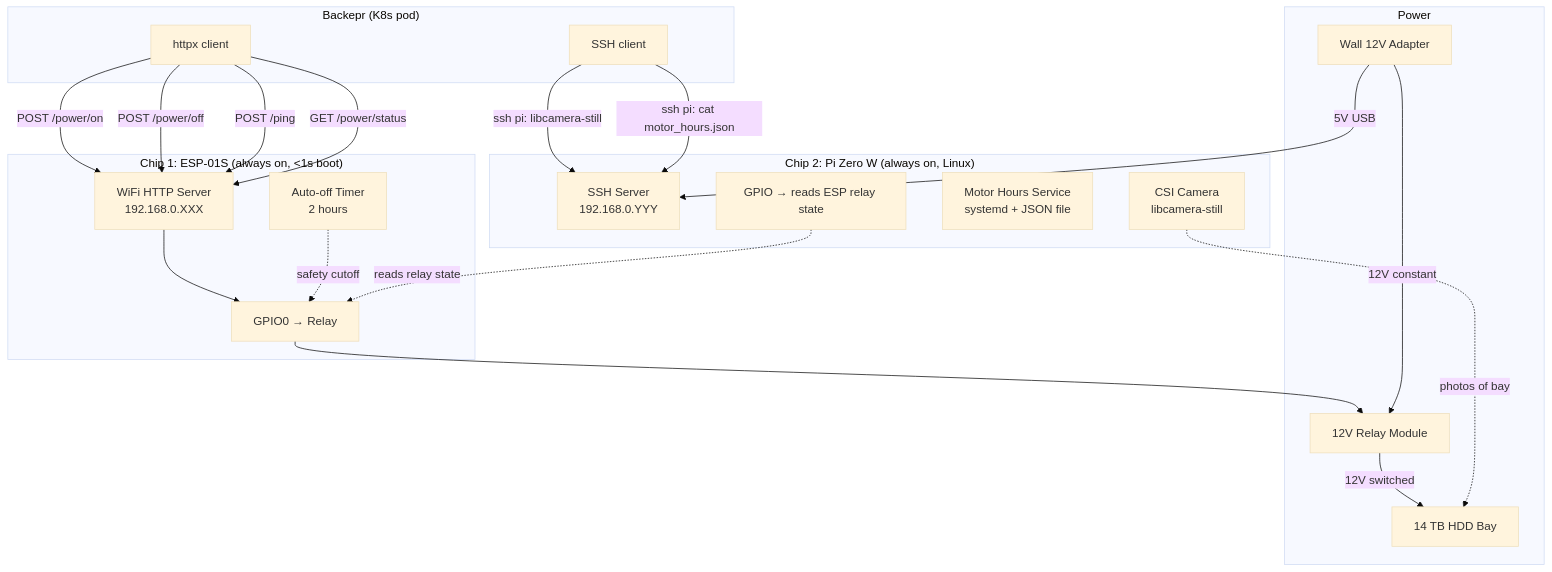
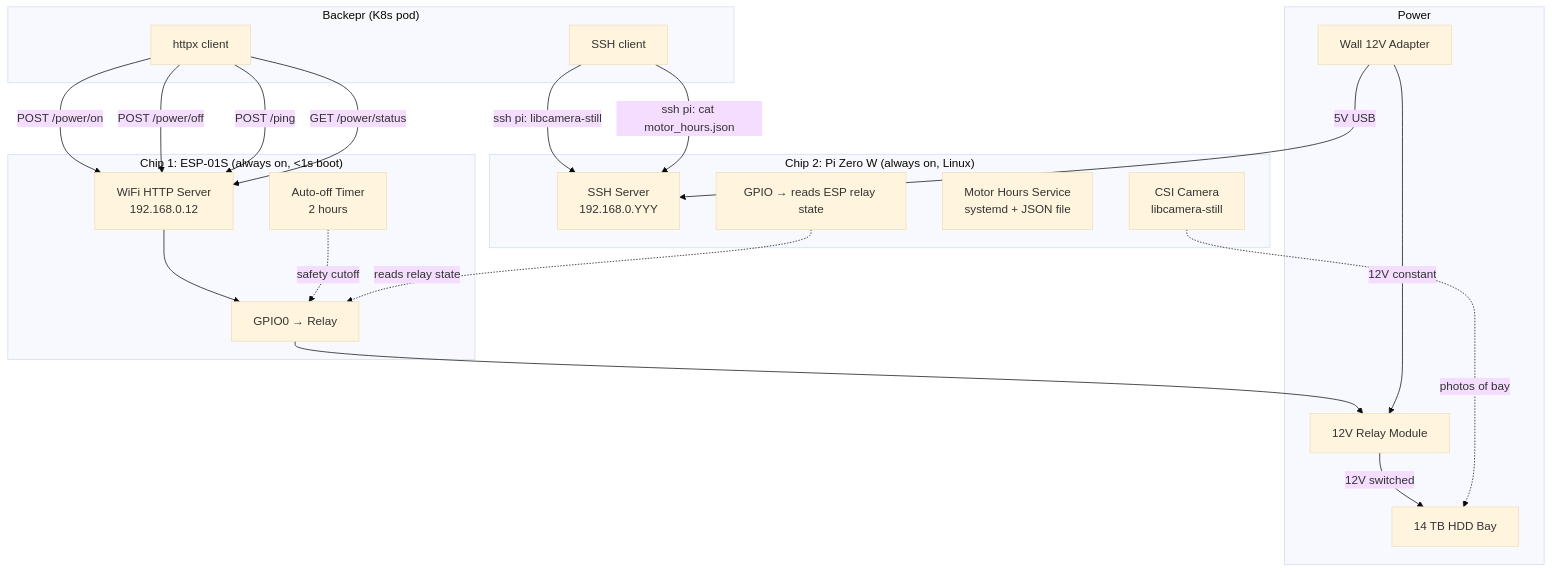
Before and after one commit to singularis/racoon_server: the fourth of 4 diagrams in workload/backepr/DESIGN.md, drawn with Mermaid (base theme).

Commit message:
feat: add design specification for v7 two-chip hardware controller architecture

````diff
--- a/workload/backepr/DESIGN.md
+++ b/workload/backepr/DESIGN.md
@@ -640,43 +640,43 @@
 ```mermaid
 graph TB
     subgraph "Backepr (K8s pod)"
         BP_HTTP["httpx client"]
         BP_SSH["SSH client"]
     end
 
     subgraph "Chip 1: ESP-01S (always on, <1s boot)"
-        ESP_HTTP["WiFi HTTP Server<br/>192.168.0.XXX"]
+        ESP_HTTP["WiFi HTTP Server<br/>192.168.0.12"]
         ESP_GPIO["GPIO0 → Relay"]
         ESP_TIMER["Auto-off Timer<br/>2 hours"]
     end
 
     subgraph "Chip 2: Pi Zero W (always on, Linux)"
         PI_SSH["SSH Server<br/>192.168.0.YYY"]
         PI_CAM["CSI Camera<br/>libcamera-still"]
         PI_MOTOR["Motor Hours Service<br/>systemd + JSON file"]
         PI_GPIO["GPIO → reads ESP relay state"]
     end
 
     subgraph "Power"
         RELAY["12V Relay Module"]
         HDD["14 TB HDD Bay"]
         PSU["Wall 12V Adapter"]
     end
 
     BP_HTTP -->|"POST /power/on"| ESP_HTTP
     BP_HTTP -->|"POST /power/off"| ESP_HTTP
     BP_HTTP -->|"POST /ping"| ESP_HTTP
     BP_HTTP -->|"GET /power/status"| ESP_HTTP
     BP_SSH -->|"ssh pi: libcamera-still"| PI_SSH
     BP_SSH -->|"ssh pi: cat motor_hours.json"| PI_SSH
 
     ESP_HTTP --> ESP_GPIO
     ESP_GPIO --> RELAY
     ESP_TIMER -.->|"safety cutoff"| ESP_GPIO
     RELAY -->|"12V switched"| HDD
     PSU -->|"12V constant"| RELAY
     PSU -->|"5V USB"| PI_SSH
 
     PI_GPIO -.->|"reads relay state"| ESP_GPIO
     PI_CAM -.->|"photos of bay"| HDD
 ```
````
